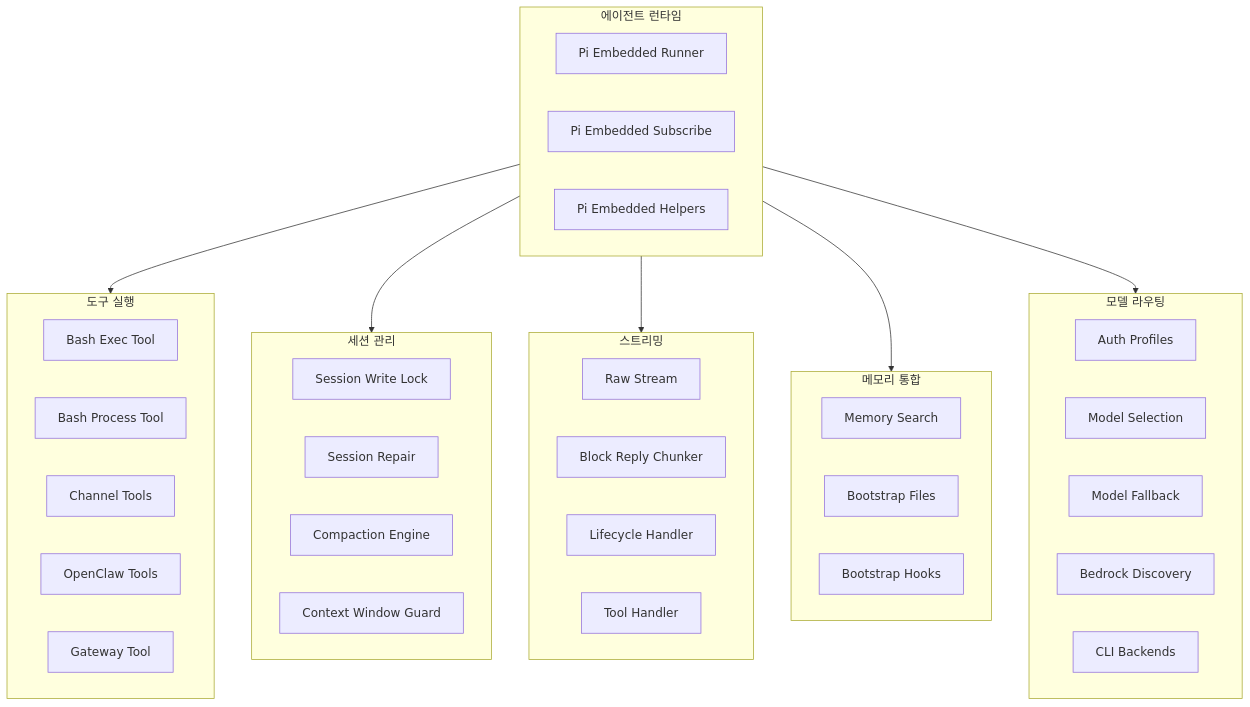
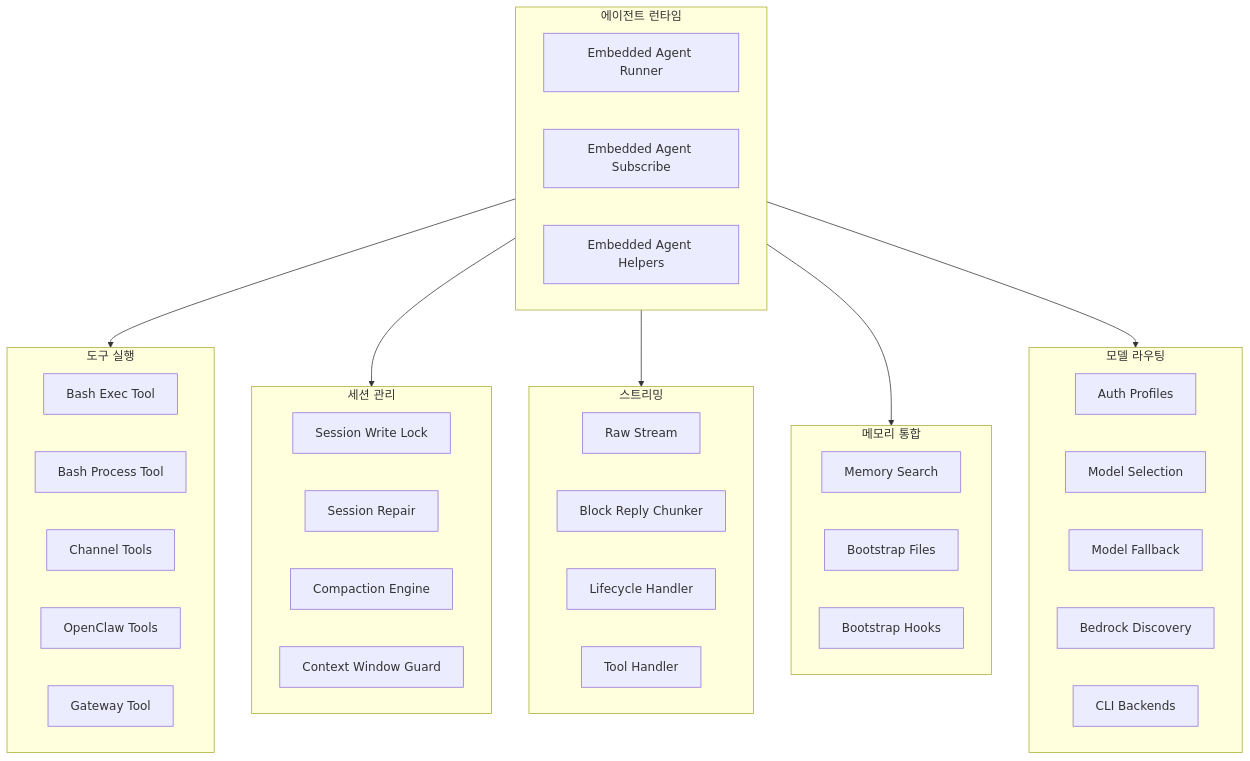
The first of 7 diagrams in openclaw분석/03-에이전트-AI-시스템.md (kgpark88/aiagent2026), drawn with Mermaid before and after one commit. The commit also changed other lines of this file and 11 other files, not shown here.

````diff
--- a/openclaw분석/03-에이전트-AI-시스템.md
+++ b/openclaw분석/03-에이전트-AI-시스템.md
@@ -26,50 +28,50 @@
 ```mermaid
 flowchart TB
     subgraph AgentRuntime["에이전트 런타임"]
-        Embedded["Pi Embedded Runner"]
-        Subscribe["Pi Embedded Subscribe"]
-        Helpers["Pi Embedded Helpers"]
+        Embedded["Embedded Agent Runner"]
+        Subscribe["Embedded Agent Subscribe"]
+        Helpers["Embedded Agent Helpers"]
     end
 
     subgraph ToolExecution["도구 실행"]
         BashExec["Bash Exec Tool"]
         BashProcess["Bash Process Tool"]
         ChannelTools["Channel Tools"]
         OpenClawTools["OpenClaw Tools"]
         GatewayTool["Gateway Tool"]
     end
 
     subgraph SessionManagement["세션 관리"]
         SessionLock["Session Write Lock"]
         SessionRepair["Session Repair"]
         Compaction["Compaction Engine"]
         ContextGuard["Context Window Guard"]
     end
 
     subgraph Streaming["스트리밍"]
         RawStream["Raw Stream"]
         BlockReply["Block Reply Chunker"]
         LifecycleHandler["Lifecycle Handler"]
         ToolHandler["Tool Handler"]
     end
 
     subgraph MemoryIntegration["메모리 통합"]
         MemorySearch["Memory Search"]
         BootstrapFiles["Bootstrap Files"]
         BootstrapHooks["Bootstrap Hooks"]
     end
 
     subgraph ModelRouting["모델 라우팅"]
         AuthProfiles["Auth Profiles"]
         ModelSelection["Model Selection"]
         ModelFallback["Model Fallback"]
         BedrockDiscovery["Bedrock Discovery"]
         CliBackends["CLI Backends"]
     end
 
     AgentRuntime --> ToolExecution
     AgentRuntime --> SessionManagement
     AgentRuntime --> Streaming
     AgentRuntime --> MemoryIntegration
     AgentRuntime --> ModelRouting
 ```
````
